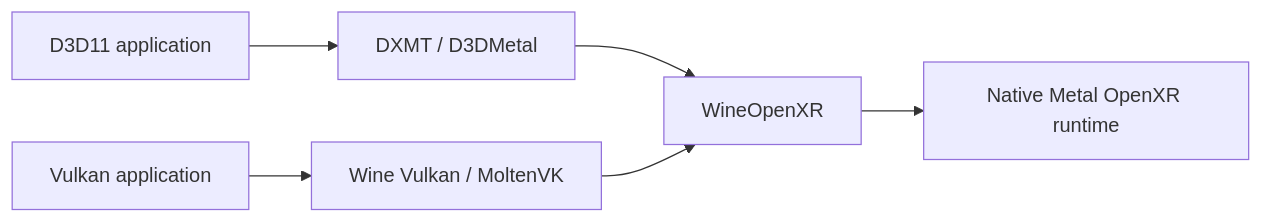
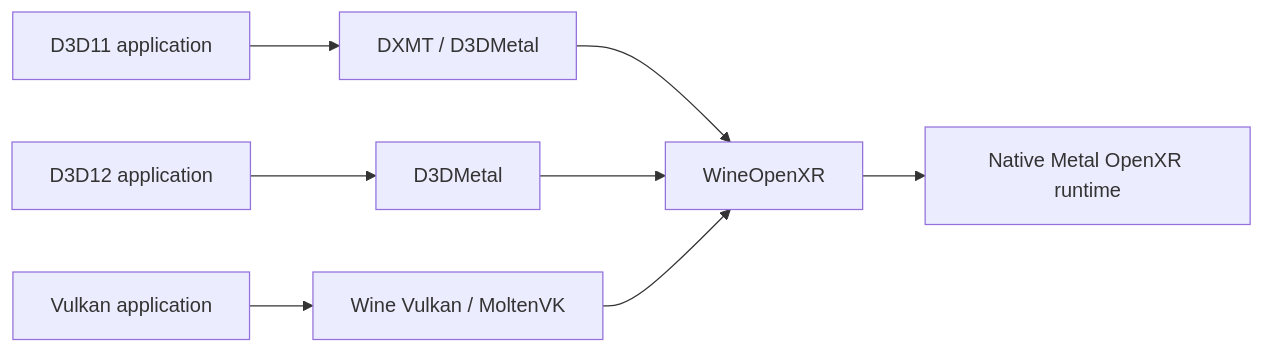
Before and after one commit to flukejones/wineopenxr: the diagram in README.md, drawn with Mermaid. The commit also changed other lines of this file and 14 other files, not shown here.

````diff
--- a/README.md
+++ b/README.md
@@ -6,8 +7,10 @@
 ```mermaid
 flowchart LR
     D[D3D11 application] --> DX[DXMT / D3DMetal]
+    D12[D3D12 application] --> DM[D3DMetal]
     V[Vulkan application] --> WV[Wine Vulkan / MoltenVK]
     DX --> B[WineOpenXR]
+    DM --> B
     WV --> B
     B --> M[Native Metal OpenXR runtime]
 ```
````
